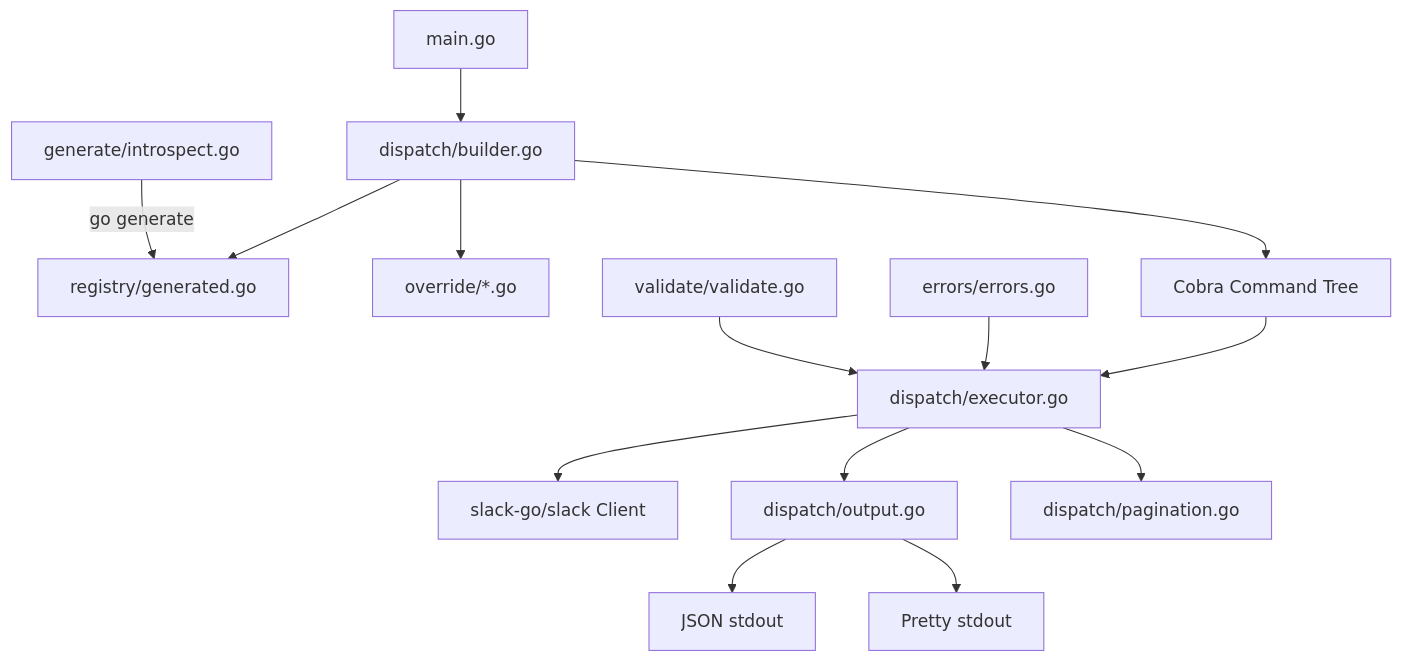
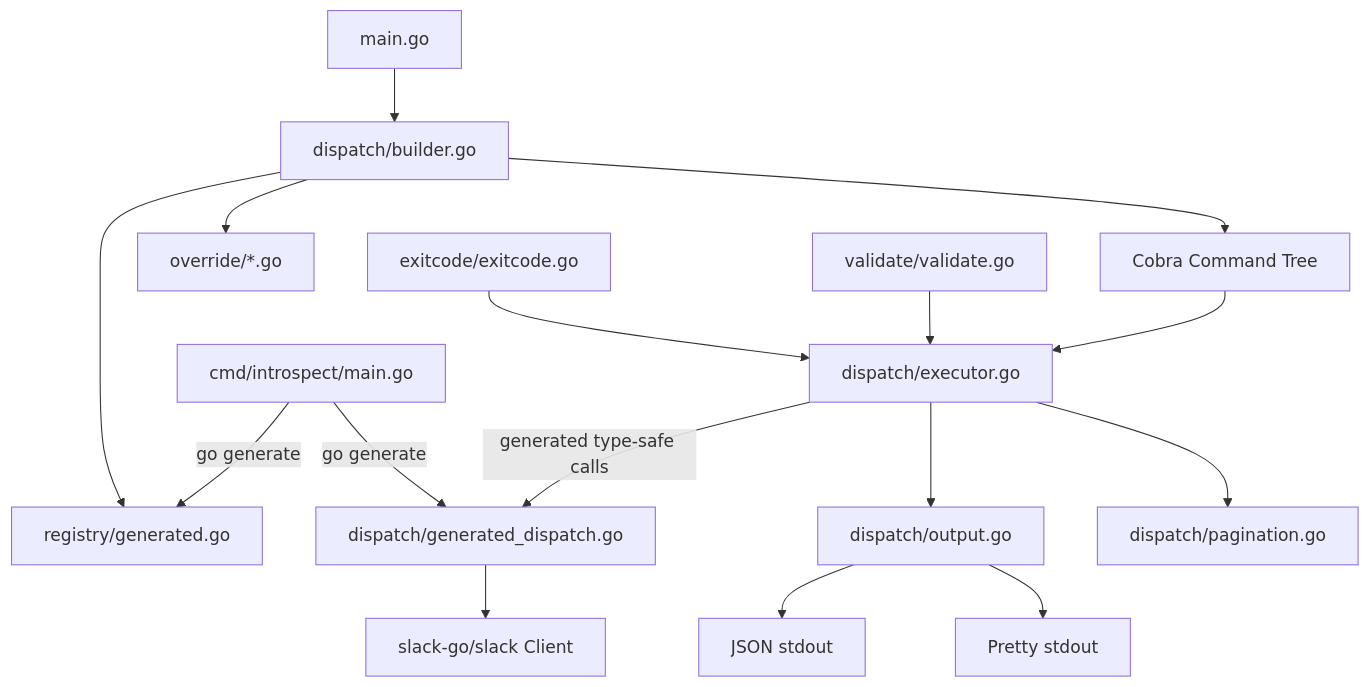
One commit to AvogadroSG1/slack-cli changed the diagram in docs/superpowers/specs/2026-04-09-slack-cli-design.md. Above: the diagram before and after it, drawn with Mermaid. The commit also changed other lines of this file, not shown here.

Commit message:
checkpoint: edit docs/superpowers/specs/2026-04-09-slack-cli-design.md [claude-auto]

````diff
--- a/docs/superpowers/specs/2026-04-09-slack-cli-design.md
+++ b/docs/superpowers/specs/2026-04-09-slack-cli-design.md
@@ -132,18 +132,20 @@
 ```mermaid
 graph TD
     A[main.go] --> B[dispatch/builder.go]
     B --> C[registry/generated.go]
     B --> D[override/*.go]
     B --> E[Cobra Command Tree]
     E --> F[dispatch/executor.go]
-    F --> G[slack-go/slack Client]
-    F --> H[dispatch/output.go]
-    F --> I[dispatch/pagination.go]
-    H --> J[JSON stdout]
-    H --> K[Pretty stdout]
+    F -->|generated type-safe calls| G[dispatch/generated_dispatch.go]
+    G --> H[slack-go/slack Client]
+    F --> I[dispatch/output.go]
+    F --> J[dispatch/pagination.go]
+    I --> K[JSON stdout]
+    I --> L[Pretty stdout]
     
-    L[generate/introspect.go] -->|go generate| C
+    M[cmd/introspect/main.go] -->|go generate| C
+    M -->|go generate| G
     
-    M[errors/errors.go] --> F
-    N[validate/validate.go] --> F
+    N[exitcode/exitcode.go] --> F
+    O[validate/validate.go] --> F
 ```
````
